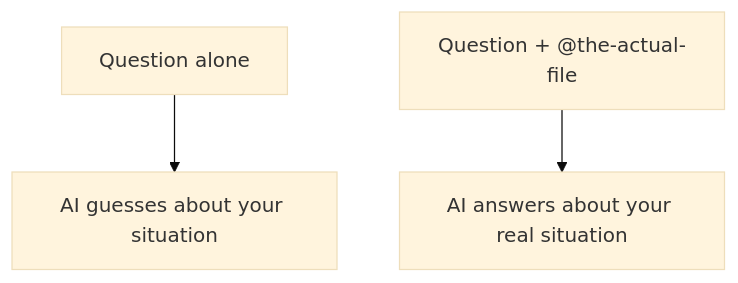
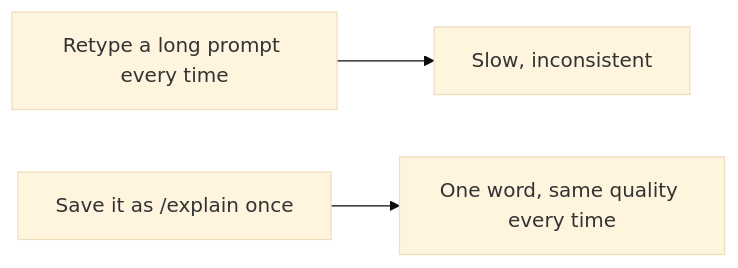
The diagram in docs/ja/lessons/a06.md (KakkoiDev/izumo-io), drawn with Mermaid (base theme) before and after one commit. The commit also changed other lines of this file and 256 other files, not shown here.

First line of the commit message:
Restructure AI course to 8 lessons; fix mermaid font clipping

````diff
--- a/docs/ja/lessons/a06.md
+++ b/docs/ja/lessons/a06.md
@@ -30,5 +40,5 @@
 ```mermaid
-flowchart TD
-    Q[Question alone] --> G[AI guesses about your situation]
-    QC["Question + @the-actual-file"] --> A[AI answers about your real situation]
+flowchart LR
+    A[Retype a long prompt every time] --> B[Slow, inconsistent]
+    C["Save it as /explain once"] --> D[One word, same quality every time]
 ```
````
